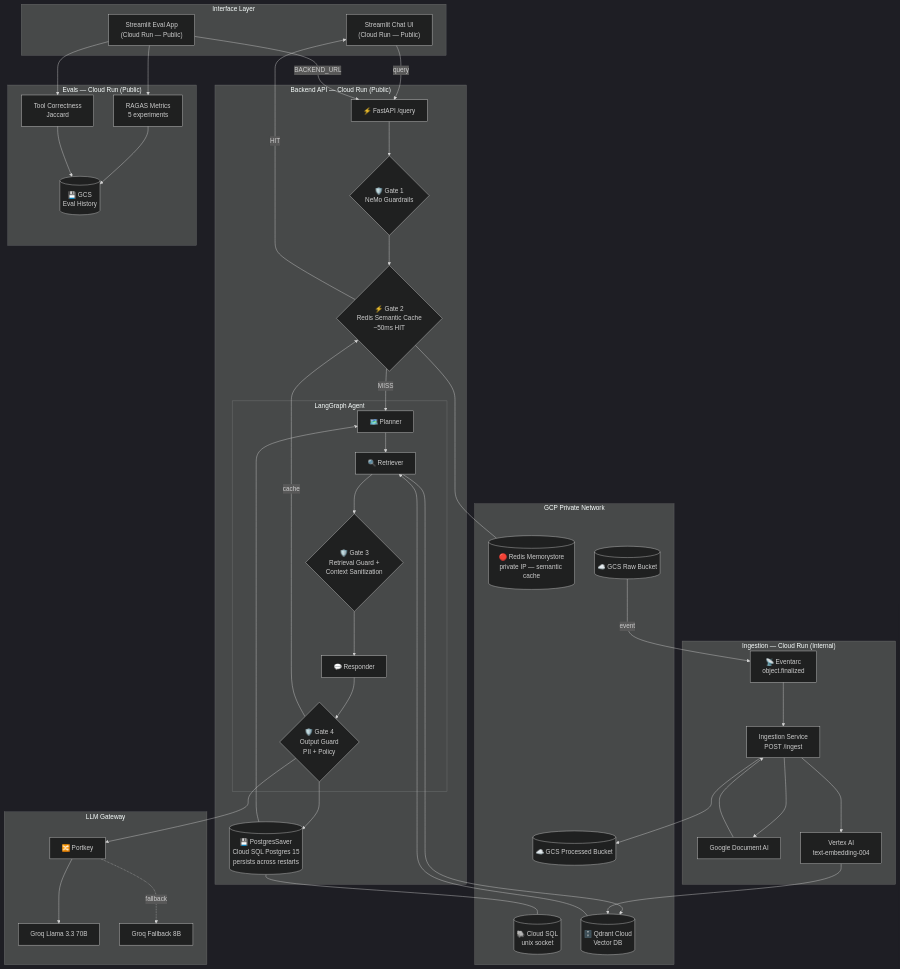
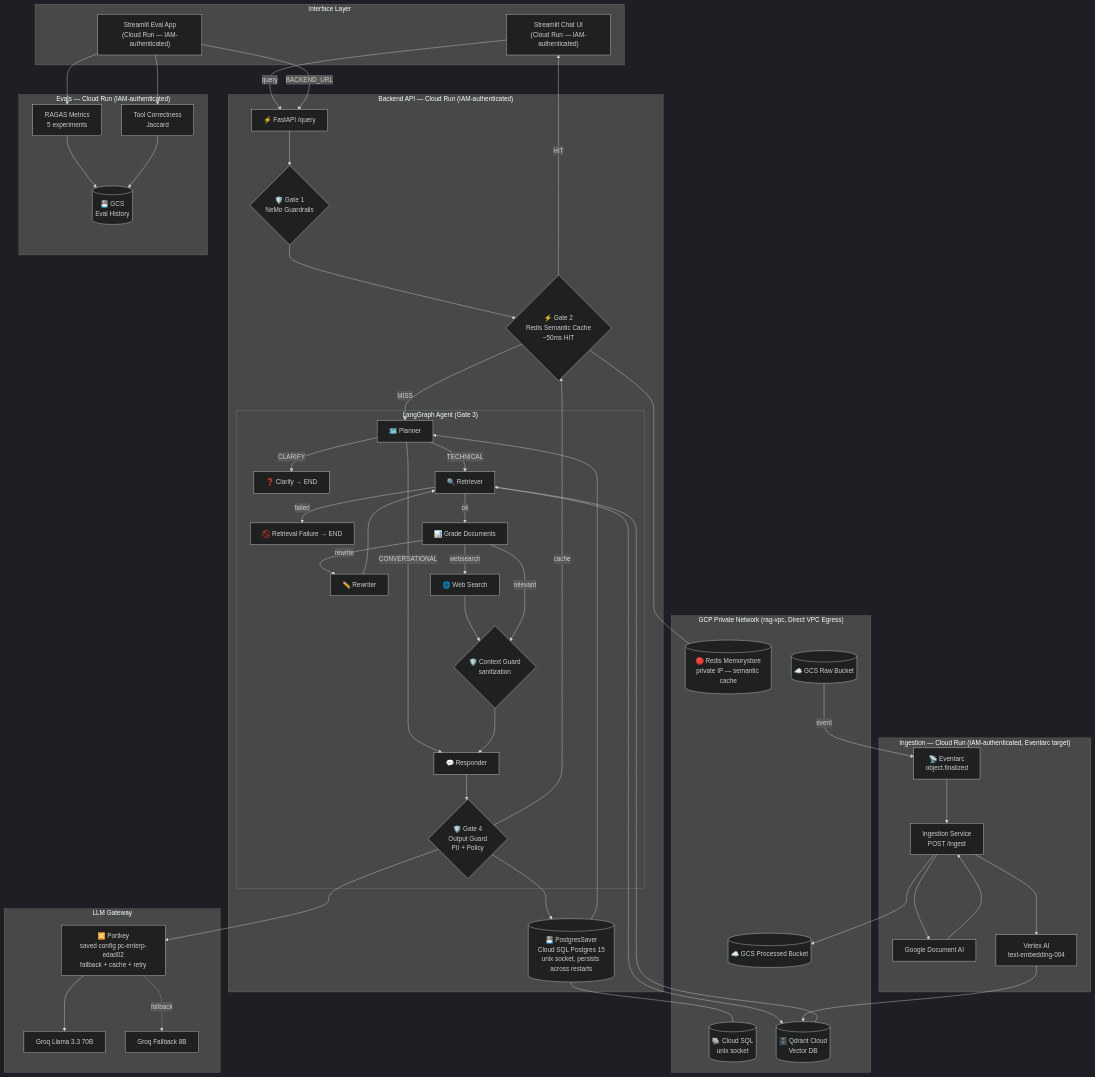
The second of 2 diagrams in README.md (Akashkar00/enterprise-rag-with-guardrails-gateways-evals), drawn with Mermaid (dark theme) before and after one commit. The commit also changed other lines of this file and 1 other file, not shown here.

````diff
--- a/README.md
+++ b/README.md
@@ -45,38 +67,43 @@
 ```mermaid
 graph TB
     subgraph UI ["Interface Layer"]
-        CHAT["Streamlit Chat UI\n(Cloud Run — Public)"]
-        EAPP["Streamlit Eval App\n(Cloud Run — Public)"]
+        CHAT["Streamlit Chat UI\n(Cloud Run — IAM-authenticated)"]
+        EAPP["Streamlit Eval App\n(Cloud Run — IAM-authenticated)"]
     end
 
-    subgraph BACKEND ["Backend API — Cloud Run (Public)"]
+    subgraph BACKEND ["Backend API — Cloud Run (IAM-authenticated)"]
         API["⚡ FastAPI /query"]
         G1{"🛡️ Gate 1\nNeMo Guardrails"}
         G2{"⚡ Gate 2\nRedis Semantic Cache\n~50ms HIT"}
-        subgraph AGENT ["LangGraph Agent"]
+        subgraph AGENT ["LangGraph Agent (Gate 3)"]
             PL["🗺️ Planner"]
+            CL["❓ Clarify → END"]
             RT["🔍 Retriever"]
-            CG{"🛡️ Gate 3\nRetrieval Guard +\nContext Sanitization"}
+            RF["🚫 Retrieval Failure → END"]
+            GD["📊 Grade Documents"]
+            RW["✏️ Rewriter"]
+            WS["🌐 Web Search"]
+            CG{"🛡️ Context Guard\nsanitization"}
             RS["💬 Responder"]
             OG{"🛡️ Gate 4\nOutput Guard\nPII + Policy"}
         end
-        MEM[("💾 PostgresSaver\nCloud SQL Postgres 15\npersists across restarts")]
+        MEM[("💾 PostgresSaver\nCloud SQL Postgres 15\nunix socket, persists across restarts")]
     end
 
-    subgraph INGEST ["Ingestion — Cloud Run (Internal)"]
+    subgraph INGEST ["Ingestion — Cloud Run (IAM-authenticated, Eventarc target)"]
         EA["📡 Eventarc\nobject.finalized"]
         SVC["Ingestion Service\nPOST /ingest"]
         DOCAI["Google Document AI"]
         VEMB["Vertex AI\ntext-embedding-004"]
     end
 
-    subgraph EVALS ["Evals — Cloud Run (Public)"]
+    subgraph EVALS ["Evals — Cloud Run (IAM-authenticated)"]
         RAGAS["RAGAS Metrics\n5 experiments"]
         TC["Tool Correctness\nJaccard"]
         HIST[("💾 GCS\nEval History")]
     end
 
-    subgraph GCP ["GCP Private Network"]
+    subgraph GCP ["GCP Private Network (rag-vpc, Direct VPC Egress)"]
         REDIS[("🔴 Redis Memorystore\nprivate IP — semantic cache")]
         SQL[("🐘 Cloud SQL\nunix socket")]
         QD[("🗄️ Qdrant Cloud\nVector DB")]
@@ -85,7 +112,7 @@
     end
 
     subgraph GATEWAY ["LLM Gateway"]
-        PK["🔀 Portkey"]
+        PK["🔀 Portkey\nsaved config pc-enterp-edad02\nfallback + cache + retry"]
         LLM1["Groq Llama 3.3 70B"]
         LLM2["Groq Fallback 8B"]
     end
@@ -95,8 +122,16 @@
     API --> G1 --> G2
     G2 -->|HIT| CHAT
     G2 -->|MISS| PL
-    PL --> RT --> QD --> RT
-    RT --> CG --> RS --> OG --> PK --> LLM1
+    PL -->|CLARIFY| CL
+    PL -->|CONVERSATIONAL| RS
+    PL -->|TECHNICAL| RT
+    RT -->|ok| GD
+    RT -->|failed| RF
+    RT --> QD --> RT
+    GD -->|rewrite| RW --> RT
+    GD -->|websearch| WS --> CG
+    GD -->|relevant| CG
+    CG --> RS --> OG --> PK --> LLM1
     PK -.->|fallback| LLM2
     OG --> MEM --> PL
     OG -->|cache| G2
````
